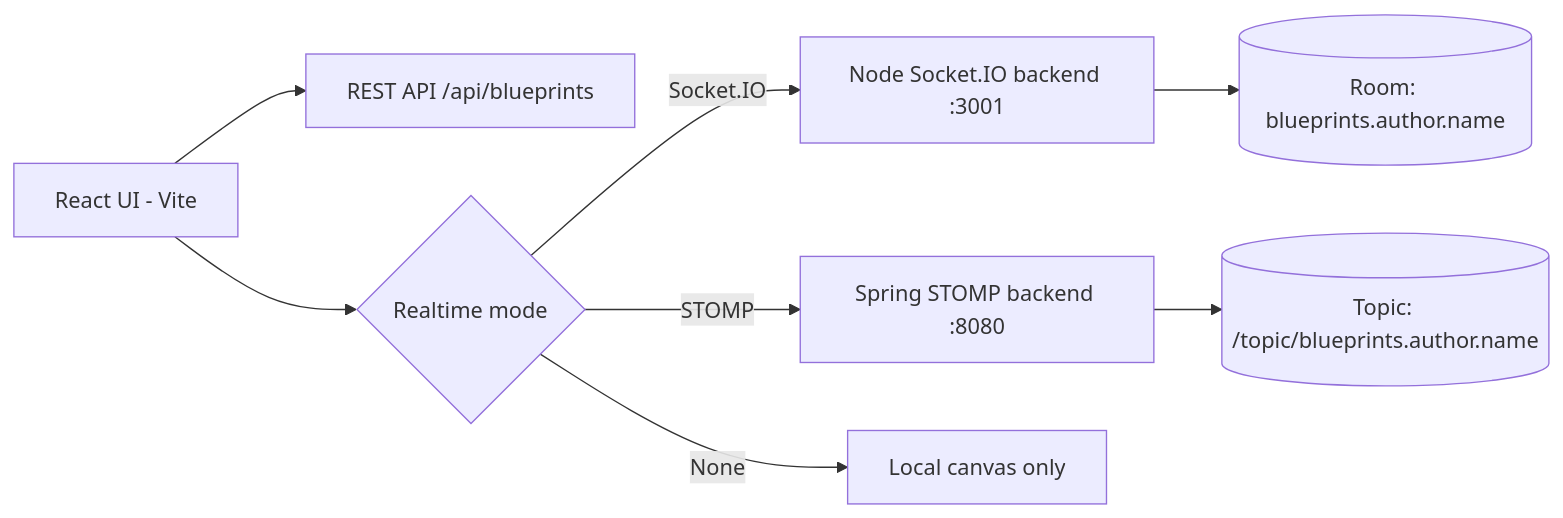
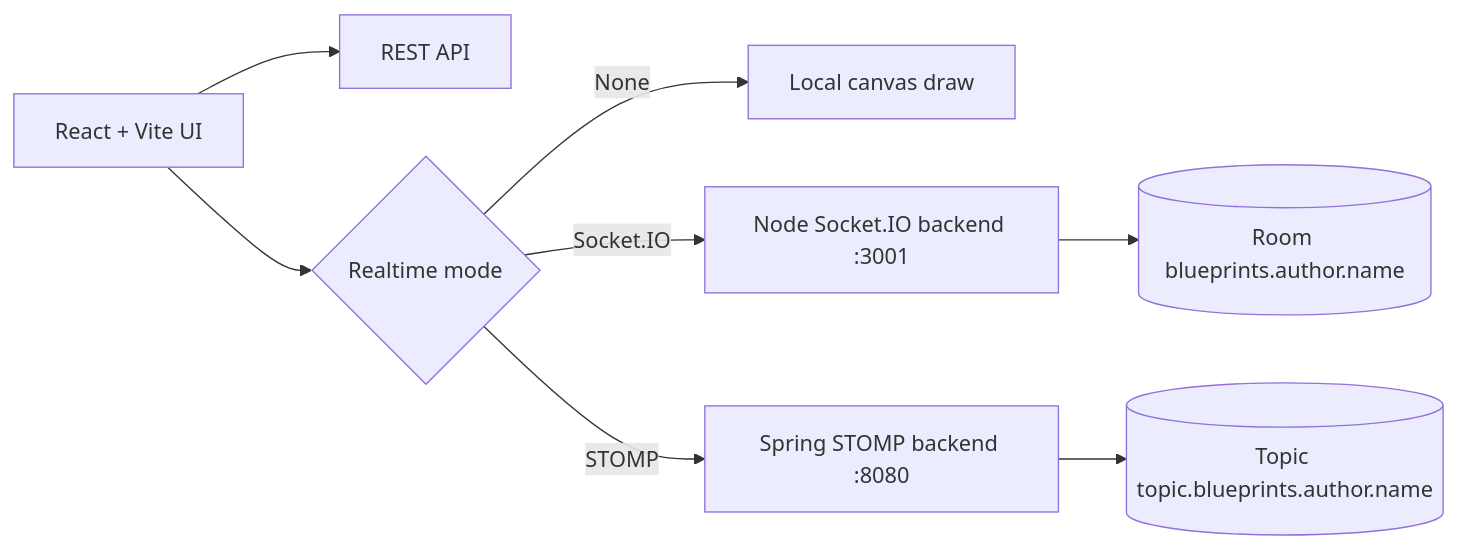
Before and after one commit to TerraFour-ECI/arsw-blueprints-api-realtime-sockets-lab: the first of 2 diagrams in README.md, drawn with Mermaid. The commit also changed other lines of this file, not shown here.

````diff
--- a/README.md
+++ b/README.md
@@ -32,10 +77,10 @@
 ```mermaid
 flowchart LR
-  A[React UI - Vite] --> B[REST API /api/blueprints]
-  A --> C{Realtime mode}
-  C -->|Socket.IO| D[Node Socket.IO backend :3001]
-  C -->|STOMP| E[Spring STOMP backend :8080]
-  C -->|None| F[Local canvas only]
-  D --> G[(Room: blueprints.author.name)]
-  E --> H[(Topic: /topic/blueprints.author.name)]
+  UI[React + Vite UI] --> CRUD[REST API]
+  UI --> MODE{Realtime mode}
+  MODE -->|None| LOCAL[Local canvas draw]
+  MODE -->|Socket.IO| NODE[Node Socket.IO backend :3001]
+  MODE -->|STOMP| SPRING[Spring STOMP backend :8080]
+  NODE --> R1[(Room blueprints.author.name)]
+  SPRING --> R2[(Topic topic.blueprints.author.name)]
 ```
````
